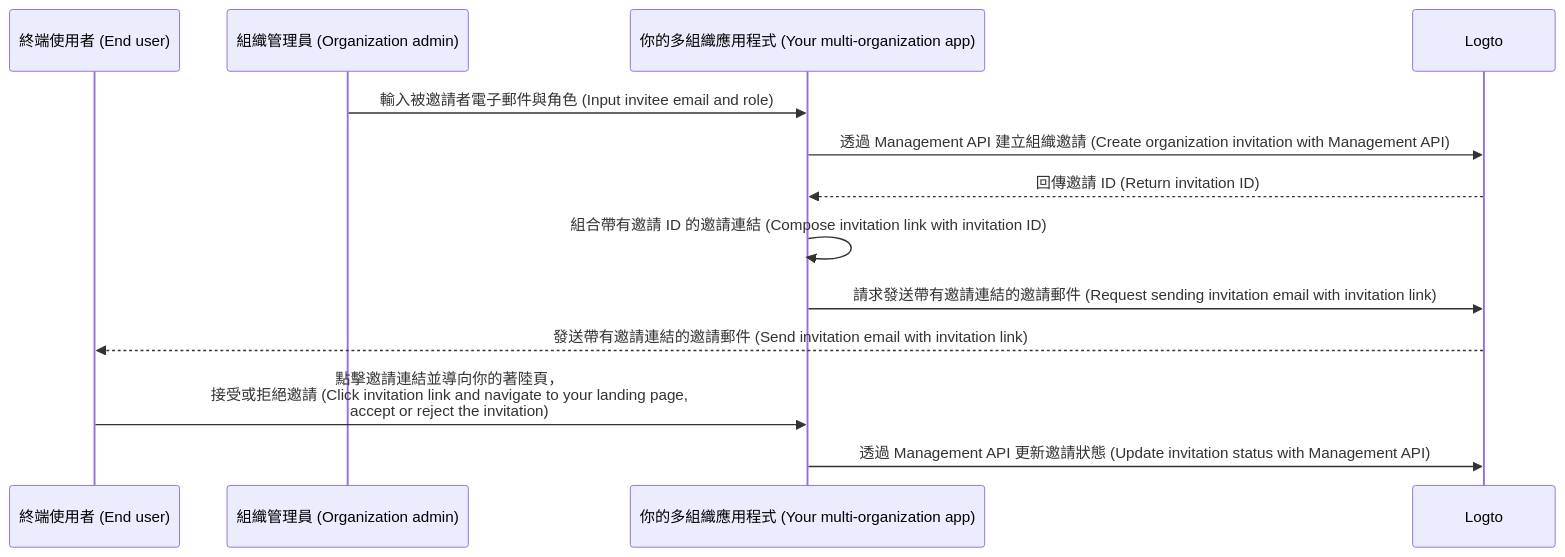
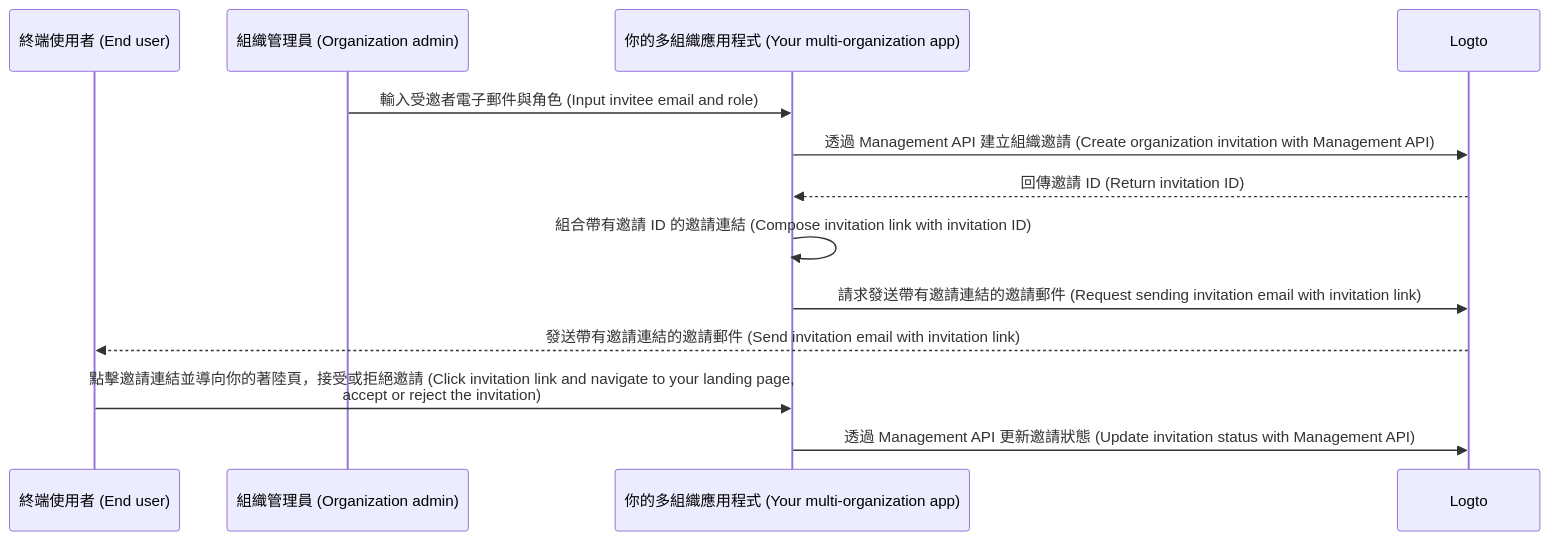
The diagram in i18n/zh-TW/docusaurus-plugin-content-docs/current/end-user-flows/organization-experience/invite-organization-members.mdx (logto-io/docs), drawn with Mermaid before and after one commit. The commit also changed other lines of this file and 16 other files, not shown here.

````diff
--- a/i18n/zh-TW/docusaurus-plugin-content-docs/current/end-user-flows/organization-experience/invite-organization-members.mdx
+++ b/i18n/zh-TW/docusaurus-plugin-content-docs/current/end-user-flows/organization-experience/invite-organization-members.mdx
@@ -13,16 +13,16 @@
 ```mermaid
 sequenceDiagram
 	Participant U as 終端使用者 (End user)
   Participant A as 組織管理員 (Organization admin)
   Participant C as 你的多組織應用程式 (Your multi-organization app)
 	Participant L as Logto
 
-  A ->> C: 輸入被邀請者電子郵件與角色 (Input invitee email and role)
+  A ->> C: 輸入受邀者電子郵件與角色 (Input invitee email and role)
   C ->> L: 透過 Management API 建立組織邀請 (Create organization invitation with Management API)
   L -->> C: 回傳邀請 ID (Return invitation ID)
   C ->> C: 組合帶有邀請 ID 的邀請連結 (Compose invitation link with invitation ID)
   C ->> L: 請求發送帶有邀請連結的邀請郵件 (Request sending invitation email with invitation link)
   L -->> U: 發送帶有邀請連結的邀請郵件 (Send invitation email with invitation link)
-  U ->> C: 點擊邀請連結並導向你的著陸頁，<br />接受或拒絕邀請 (Click invitation link and navigate to your landing page,<br /> accept or reject the invitation)
+  U ->> C: 點擊邀請連結並導向你的著陸頁，接受或拒絕邀請 (Click invitation link and navigate to your landing page,<br /> accept or reject the invitation)
   C ->> L: 透過 Management API 更新邀請狀態 (Update invitation status with Management API)
 ```
````
